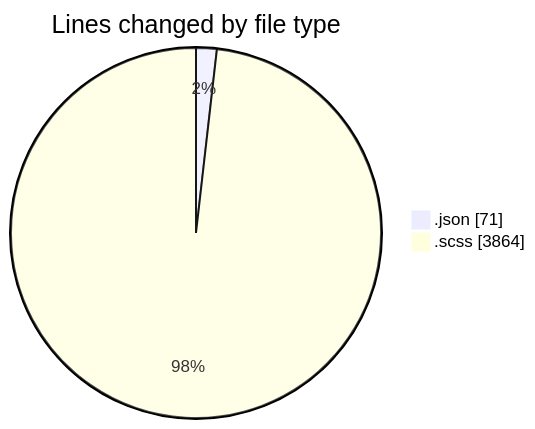
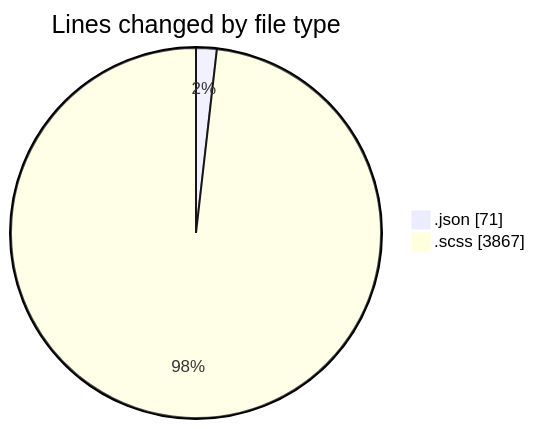
The first of 2 diagrams in 2026-01-22/cda/README.md (momahboobian/code-tracking), drawn with Mermaid before and after one commit. The commit also changed other lines of this file and 1 other file, not shown here.

````diff
--- a/2026-01-22/cda/README.md
+++ b/2026-01-22/cda/README.md
@@ -50,6 +50,6 @@
 ```mermaid
 pie showData
 title Lines changed by file type
 ".json" : 71
-".scss" : 3864
+".scss" : 3867
 ```
````
